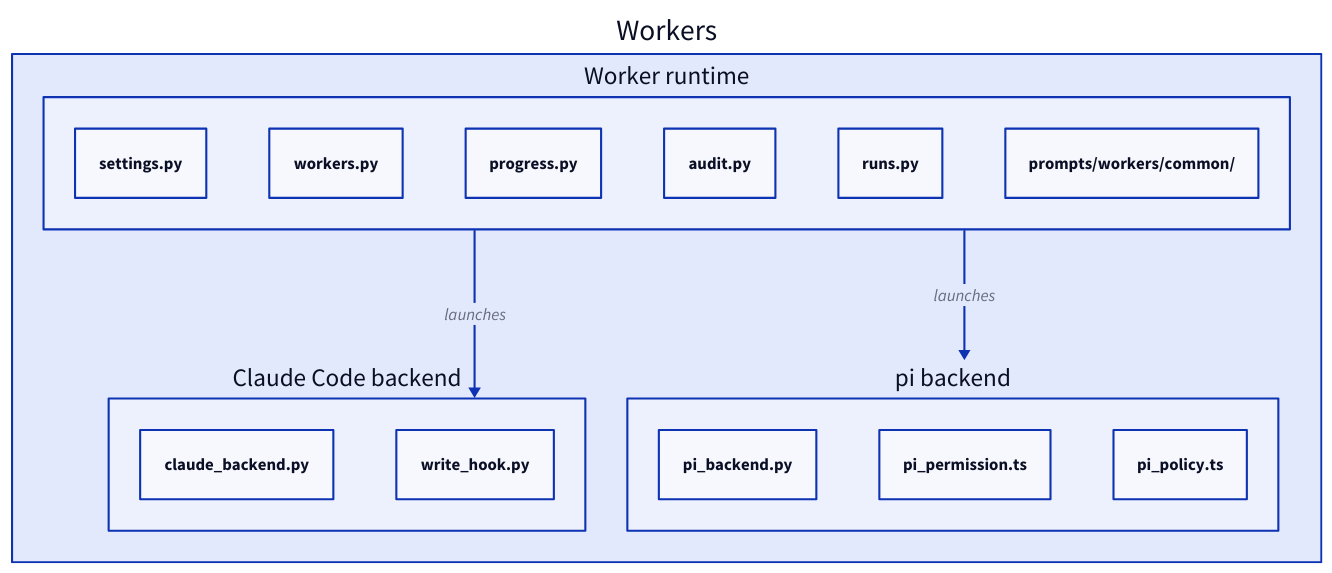
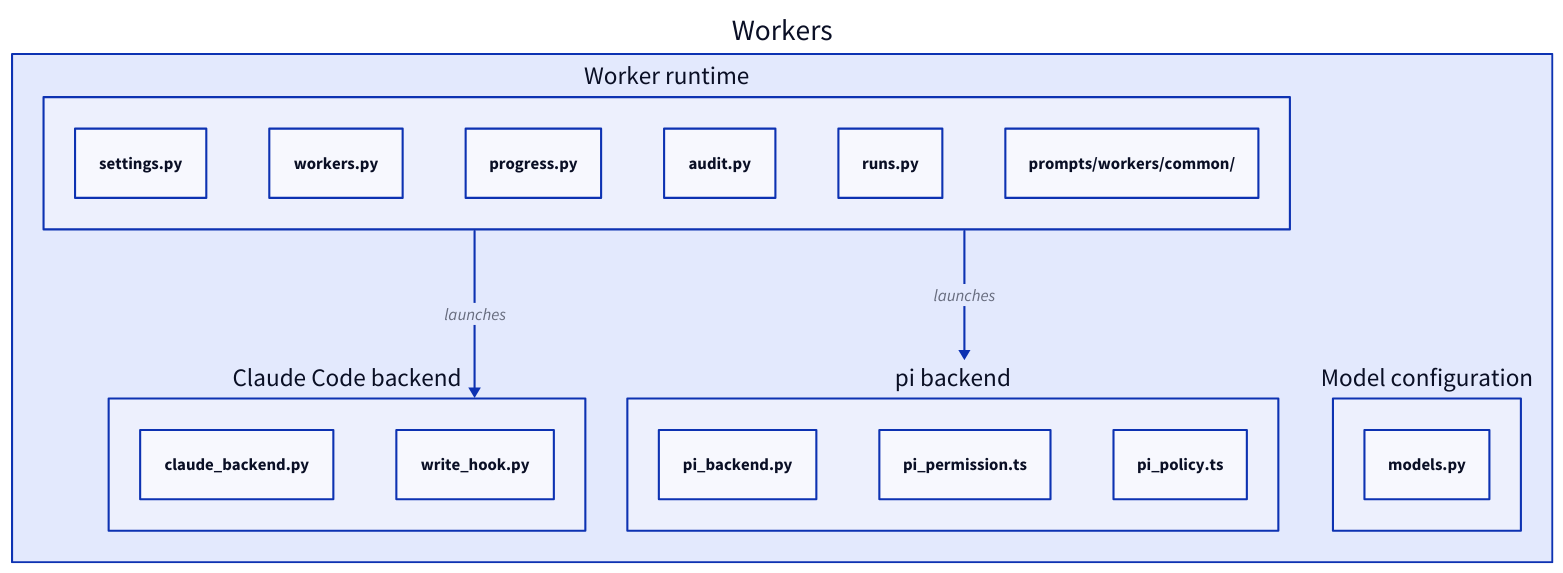
Before and after one commit to FTOD/concorde: the second of 4 diagrams in specs/concorde/harness/workers/module.md, drawn with D2. The commit also changed other lines of this file and 43 other files, not shown here.

````diff
--- a/specs/concorde/harness/workers/module.md
+++ b/specs/concorde/harness/workers/module.md
@@ -182,23 +238,26 @@
 ```d2
 workers: Workers {
   runtime: Worker runtime {
     "settings.py"
     "workers.py"
     "progress.py"
     "audit.py"
     "runs.py"
     "prompts/workers/common/"
   }
   claude: Claude Code backend {
     "claude_backend.py"
     "write_hook.py"
   }
   pi: pi backend {
     "pi_backend.py"
     "pi_permission.ts"
     "pi_policy.ts"
   }
+  models: Model configuration {
+    "models.py"
+  }
   runtime -> claude: launches
   runtime -> pi: launches
 }
 ```
````
